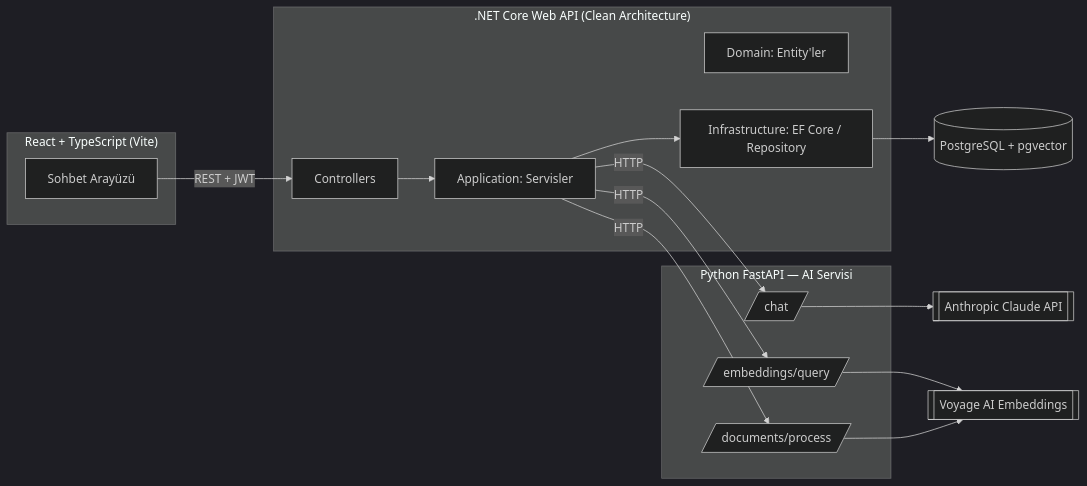
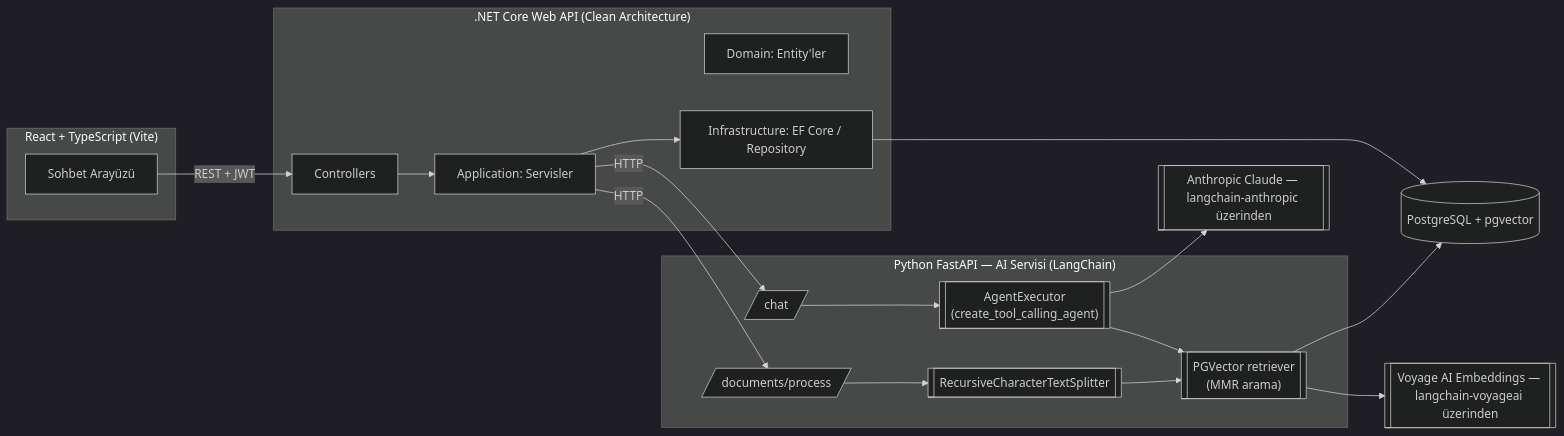
One commit to osmanemreuzer/chatbot-langchain changed the diagram in README.tr.md. Above: the diagram before and after it, drawn with Mermaid (dark theme). The commit also changed other lines of this file and 1 other file, not shown here.

First line of the commit message:
Docs: README LangChain mimarisini yansitacak sekilde guncellendi

````diff
--- a/README.tr.md
+++ b/README.tr.md
@@ -21,32 +23,36 @@
 ```mermaid
 flowchart LR
     subgraph Frontend["React + TypeScript (Vite)"]
         UI[Sohbet Arayüzü]
     end
 
     subgraph Backend[".NET Core Web API (Clean Architecture)"]
         API[Controllers]
         APP[Application: Servisler]
         DOM[Domain: Entity'ler]
         INFRA[Infrastructure: EF Core / Repository]
     end
 
-    subgraph AIService["Python FastAPI — AI Servisi"]
+    subgraph AIService["Python FastAPI — AI Servisi (LangChain)"]
         CHAT[/chat/]
-        EMBED[/embeddings/query/]
         PROC[/documents/process/]
+        AGENT[["AgentExecutor\n(create_tool_calling_agent)"]]
+        RETRIEVER[["PGVector retriever\n(MMR arama)"]]
+        SPLITTER[["RecursiveCharacterTextSplitter"]]
+        CHAT --> AGENT
+        AGENT --> RETRIEVER
+        PROC --> SPLITTER --> RETRIEVER
     end
 
     DB[(PostgreSQL + pgvector)]
-    CLAUDE[[Anthropic Claude API]]
-    VOYAGE[[Voyage AI Embeddings]]
+    CLAUDE[[Anthropic Claude — langchain-anthropic üzerinden]]
+    VOYAGE[[Voyage AI Embeddings — langchain-voyageai üzerinden]]
 
     UI -->|REST + JWT| API
     API --> APP --> INFRA --> DB
     APP -->|HTTP| CHAT
-    APP -->|HTTP| EMBED
     APP -->|HTTP| PROC
-    CHAT --> CLAUDE
-    EMBED --> VOYAGE
-    PROC --> VOYAGE
+    AGENT --> CLAUDE
+    RETRIEVER --> DB
+    RETRIEVER --> VOYAGE
 ```
````
